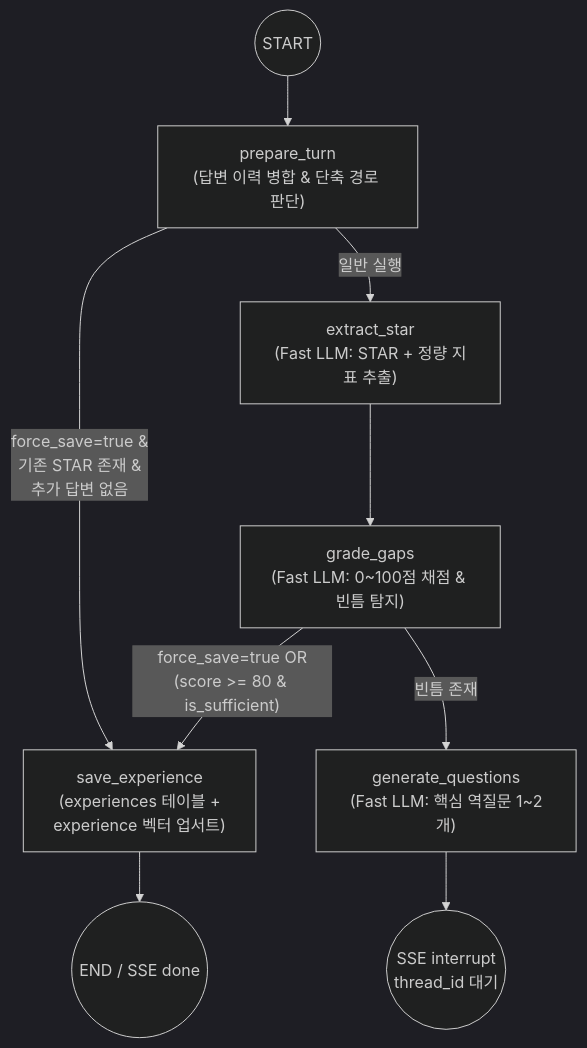
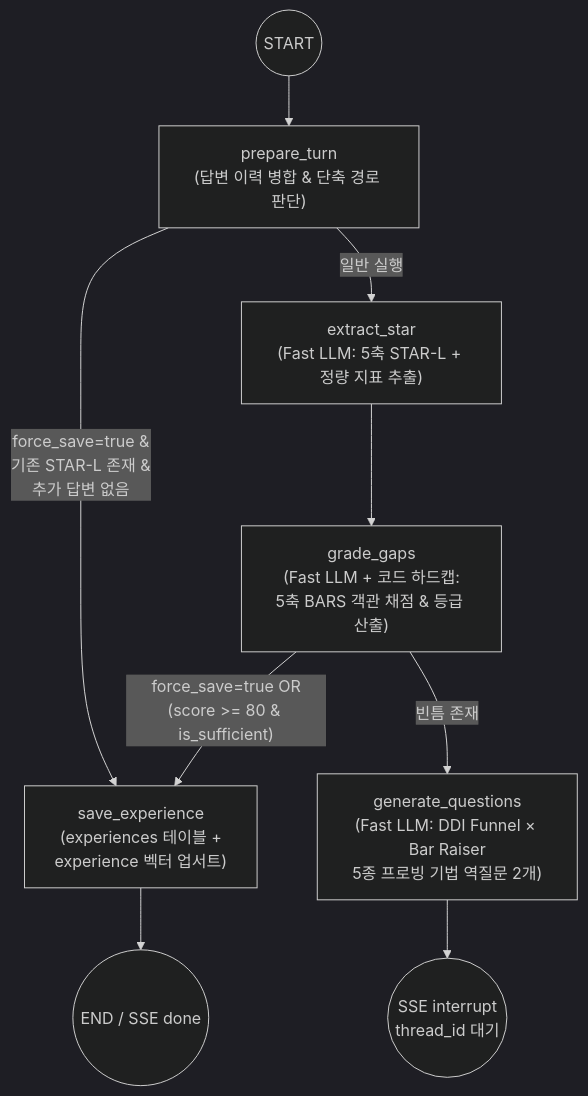
Before and after one commit to KASOP0306/write-on-vibe-lab: the second of 6 diagrams in WORKFLOWS.md, drawn with Mermaid (dark theme). The commit also changed other lines of this file and 3 other files, not shown here.

Commit message:
docs: update README, ARCHITECTURE, WORKFLOWS, and DEPLOY_EC2 to latest 7-page architecture

````diff
--- a/WORKFLOWS.md
+++ b/WORKFLOWS.md
@@ -56,11 +78,11 @@
 ```mermaid
 flowchart TD
     S((START)) --> P["prepare_turn\n(답변 이력 병합 & 단축 경로 판단)"]
-    P -->|"force_save=true &\n기존 STAR 존재 &\n추가 답변 없음"| SAVE
-    P -->|"일반 실행"| EXT["extract_star\n(Fast LLM: STAR + 정량 지표 추출)"]
-    EXT --> GRADE["grade_gaps\n(Fast LLM: 0~100점 채점 & 빈틈 탐지)"]
+    P -->|"force_save=true &\n기존 STAR-L 존재 &\n추가 답변 없음"| SAVE
+    P -->|"일반 실행"| EXT["extract_star\n(Fast LLM: 5축 STAR-L + 정량 지표 추출)"]
+    EXT --> GRADE["grade_gaps\n(Fast LLM + 코드 하드캡:\n5축 BARS 객관 채점 & 등급 산출)"]
     GRADE -->|"force_save=true OR\n(score >= 80 & is_sufficient)"| SAVE["save_experience\n(experiences 테이블 +\nexperience 벡터 업서트)"]
-    GRADE -->|"빈틈 존재"| Q["generate_questions\n(Fast LLM: 핵심 역질문 1~2개)"]
+    GRADE -->|"빈틈 존재"| Q["generate_questions\n(Fast LLM: DDI Funnel × Bar Raiser\n5종 프로빙 기법 역질문 2개)"]
     Q --> INT(("SSE interrupt\nthread_id 대기"))
     SAVE --> E((END / SSE done))
 ```
````
